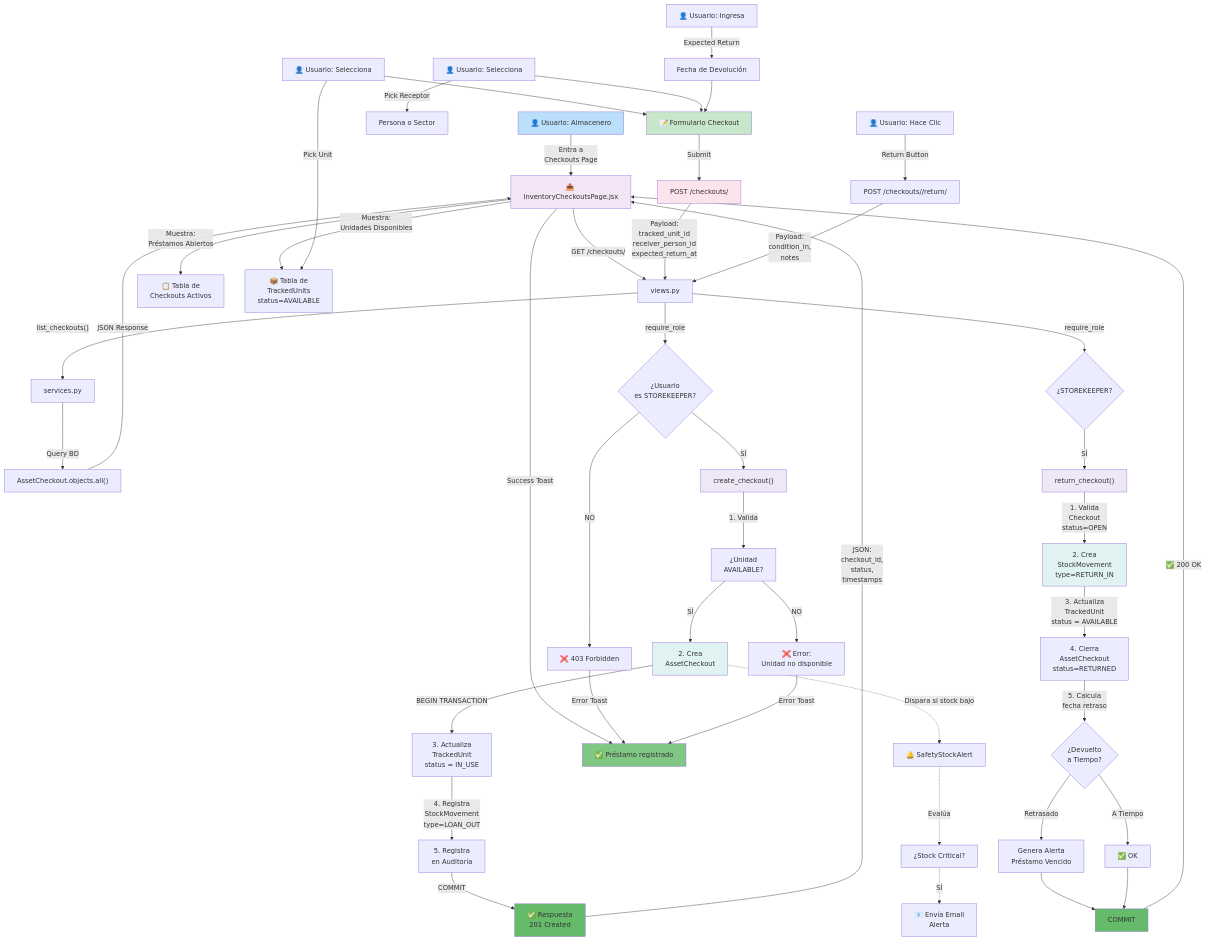
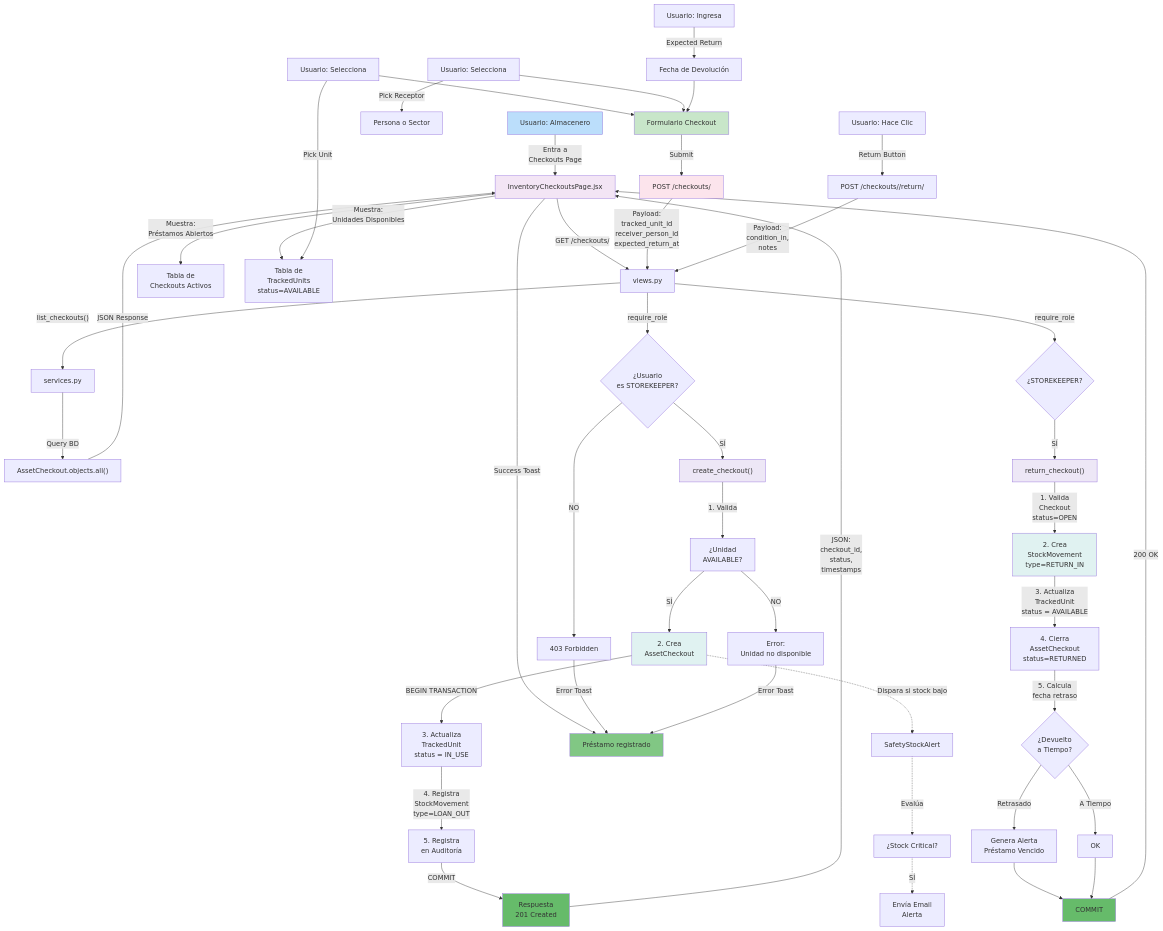
The diagram in docs/05_flujo_checkout.md (MarcosReyero/WORM-ERP), drawn with Mermaid before and after one commit. The commit also changed other lines of this file and 12 other files, not shown here.

Commit message:
Refactor documentation for inventory system: update diagrams and descriptions

````diff
--- a/docs/05_flujo_checkout.md
+++ b/docs/05_flujo_checkout.md
@@ -7,78 +7,78 @@
 ```mermaid
 flowchart TD
-    A["👤 Usuario: Almacenero"] -->|"Entra a<br/>Checkouts Page"| B["📤 InventoryCheckoutsPage.jsx"]
-    
+    A[" Usuario: Almacenero"] -->|"Entra a<br/>Checkouts Page"| B[" InventoryCheckoutsPage.jsx"]
+
     B -->|"GET /checkouts/"| C["views.py"]
     C -->|"list_checkouts()"| D["services.py"]
     D -->|"Query BD"| E["AssetCheckout.objects.all()"]
     E -->|"JSON Response"| B
-    
-    B -->|"Muestra:<br/>Préstamos Abiertos"| F["📋 Tabla de<br/>Checkouts Activos"]
-    B -->|"Muestra:<br/>Unidades Disponibles"| G["📦 Tabla de<br/>TrackedUnits<br/>status=AVAILABLE"]
-    
-    H["👤 Usuario: Selecciona"] -->|"Pick Unit"| G
-    I["👤 Usuario: Selecciona"] -->|"Pick Receptor"| J["Persona o Sector"]
-    K["👤 Usuario: Ingresa"] -->|"Expected Return"| L["Fecha de Devolución"]
-    
-    H --> M["📝 Formulario Checkout"]
+
+    B -->|"Muestra:<br/>Préstamos Abiertos"| F[" Tabla de<br/>Checkouts Activos"]
+    B -->|"Muestra:<br/>Unidades Disponibles"| G[" Tabla de<br/>TrackedUnits<br/>status=AVAILABLE"]
+
+    H[" Usuario: Selecciona"] -->|"Pick Unit"| G
+    I[" Usuario: Selecciona"] -->|"Pick Receptor"| J["Persona o Sector"]
+    K[" Usuario: Ingresa"] -->|"Expected Return"| L["Fecha de Devolución"]
+
+    H --> M[" Formulario Checkout"]
     I --> M
     L --> M
-    
+
     M -->|"Submit"| N["POST /checkouts/"]
     N -->|"Payload:<br/>tracked_unit_id<br/>receiver_person_id<br/>expected_return_at"| C
-    
+
     C -->|"require_role"| O{"¿Usuario<br/>es STOREKEEPER?"}
-    O -->|NO| P["❌ 403 Forbidden"]
+    O -->|NO| P[" 403 Forbidden"]
     O -->|SÍ| Q["create_checkout()"]
-    
+
     Q -->|"1. Valida"| R["¿Unidad<br/>AVAILABLE?"]
-    R -->|NO| S["❌ Error:<br/>Unidad no disponible"]
+    R -->|NO| S[" Error:<br/>Unidad no disponible"]
     R -->|SÍ| T["2. Crea<br/>AssetCheckout"]
-    
+
     T -->|"BEGIN TRANSACTION"| U["3. Actualiza<br/>TrackedUnit<br/>status = IN_USE"]
     U -->|"4. Registra<br/>StockMovement<br/>type=LOAN_OUT"| V["5. Registra<br/>en Auditoría"]
-    
-    V -->|"COMMIT"| W["✅ Respuesta<br/>201 Created"]
-    
+
+    V -->|"COMMIT"| W[" Respuesta<br/>201 Created"]
+
     W -->|"JSON:<br/>checkout_id,<br/>status,<br/>timestamps"| B
-    B -->|"Success Toast"| X["✅ Préstamo registrado"]
-    
+    B -->|"Success Toast"| X[" Préstamo registrado"]
+
     P -->|"Error Toast"| X
     S -->|"Error Toast"| X
 
 %% DEVOLUCIÓN %%
-    Y["👤 Usuario: Hace Clic"] -->|"Return Button"| Z["POST /checkouts/<id>/return/"]
-    
+    Y[" Usuario: Hace Clic"] -->|"Return Button"| Z["POST /checkouts/<id>/return/"]
+
     Z -->|"Payload:<br/>condition_in,<br/>notes"| C
     C -->|"require_role"| AA{"¿STOREKEEPER?"}
     AA -->|SÍ| AB["return_checkout()"]
-    
+
     AB -->|"1. Valida<br/>Checkout<br/>status=OPEN"| AC["2. Crea<br/>StockMovement<br/>type=RETURN_IN"]
     AC -->|"3. Actualiza<br/>TrackedUnit<br/>status = AVAILABLE"| AD["4. Cierra<br/>AssetCheckout<br/>status=RETURNED"]
-    
+
     AD -->|"5. Calcula<br/>fecha retraso"| AE{"¿Devuelto<br/>a Tiempo?"}
     AE -->|Retrasado| AF["Genera Alerta<br/>Préstamo Vencido"]
-    AE -->|A Tiempo| AG["✅ OK"]
-    
+    AE -->|A Tiempo| AG[" OK"]
+
     AF --> AH["COMMIT"]
     AG --> AH
-    
-    AH -->|"✅ 200 OK"| B
+
+    AH -->|" 200 OK"| B
 
 %% FLUJO DE FONDO %%
-    T -.->|"Dispara si stock bajo"| AI["🔔 SafetyStockAlert"]
+    T -.->|"Dispara si stock bajo"| AI[" SafetyStockAlert"]
     AI -.->|"Evalúa"| AJ["¿Stock Critical?"]
-    AJ -.->|"SÍ"| AK["📧 Envía Email<br/>Alerta"]
-    
+    AJ -.->|"SÍ"| AK[" Envía Email<br/>Alerta"]
+
     style A fill:#bbdefb
     style B fill:#f3e5f5
     style M fill:#c8e6c9
     style N fill:#fce4ec
     style Q fill:#ede7f6
     style T fill:#e0f2f1
     style W fill:#66bb6a
     style X fill:#81c784
     style AB fill:#ede7f6
     style AC fill:#e0f2f1
     style AH fill:#66bb6a
 ```
````
